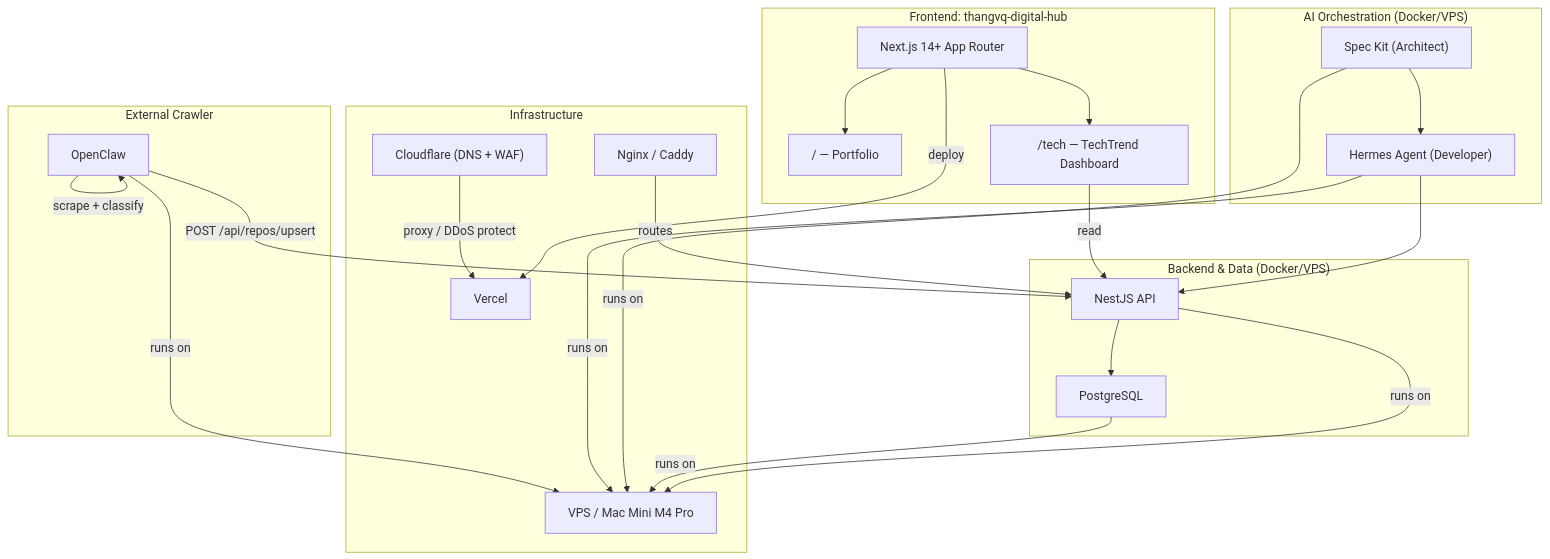
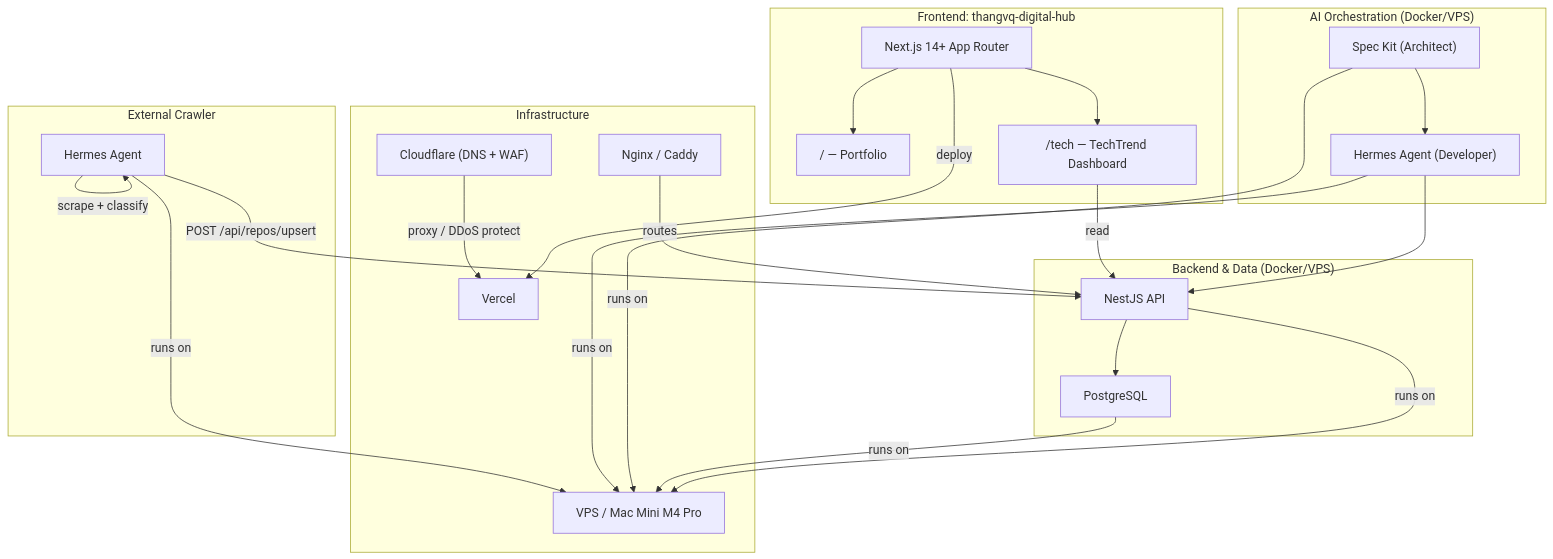
The first of 2 diagrams in docs/PRD.md (thangvq95/thangvq-digital-hub), drawn with Mermaid before and after one commit. The commit also changed other lines of this file and 11 other files, not shown here.

````diff
--- a/docs/PRD.md
+++ b/docs/PRD.md
@@ -11,44 +11,44 @@
 ```mermaid
 graph TB
     subgraph "Frontend: thangvq-digital-hub"
         A["Next.js 14+ App Router"]
         A --> B["/ — Portfolio"]
         A --> C["/tech — TechTrend Dashboard"]
     end
 
     subgraph "Backend & Data (Docker/VPS)"
         N["NestJS API"]
         D["PostgreSQL"]
         N --> D
     end
 
     subgraph "AI Orchestration (Docker/VPS)"
         SK["Spec Kit (Architect)"]
         HA["Hermes Agent (Developer)"]
         SK --> HA
         HA --> N
     end
 
     subgraph "External Crawler"
-        F["OpenClaw"]
+        F["Hermes Agent"]
         F -- "scrape + classify" --> F
         F -- "POST /api/repos/upsert" --> N
     end
 
     subgraph "Infrastructure"
         H["VPS / Mac Mini M4 Pro"]
         CF["Cloudflare (DNS + WAF)"]
         K["Vercel"]
         RP["Nginx / Caddy"]
     end
 
     C -- "read" --> N
     A -- "deploy" --> K
     N -- "runs on" --> H
     D -- "runs on" --> H
     SK -- "runs on" --> H
     HA -- "runs on" --> H
     F -- "runs on" --> H
     RP -- "routes" --> N
     CF -- "proxy / DDoS protect" --> K
 ```
````
